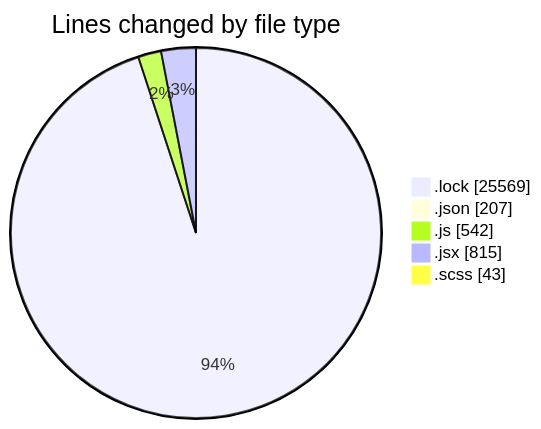
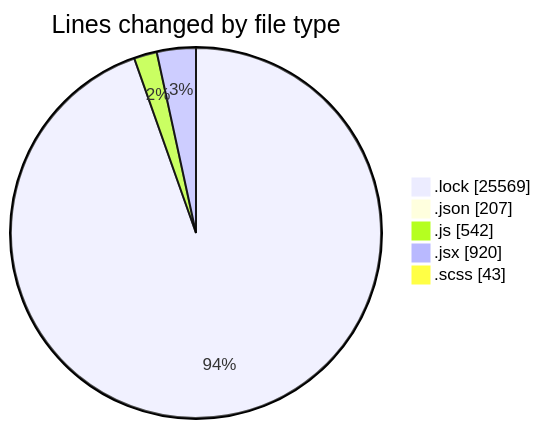
One commit to momahboobian/code-tracking changed the first of 2 diagrams in 2026-01-07/cda/README.md. Above: the diagram before and after it, drawn with Mermaid. The commit also changed other lines of this file and 1 other file, not shown here.

````diff
--- a/2026-01-07/cda/README.md
+++ b/2026-01-07/cda/README.md
@@ -34,9 +34,9 @@
 ```mermaid
 pie showData
 title Lines changed by file type
 ".lock" : 25569
 ".json" : 207
 ".js" : 542
-".jsx" : 815
+".jsx" : 920
 ".scss" : 43
 ```
````
